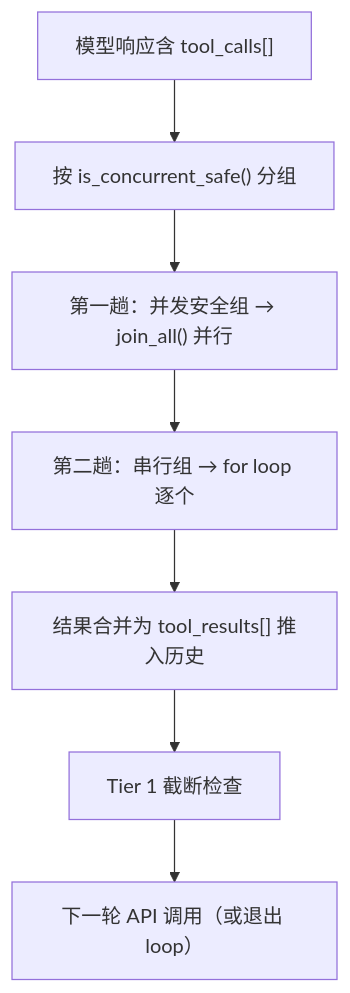
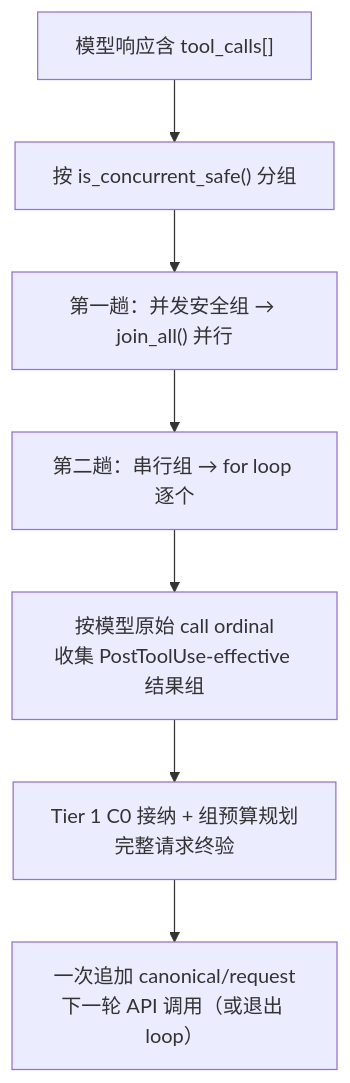
Before and after one commit to gabrielmoreira/agent-skills-mirror: the fifth of 9 diagrams in mirrors/repos/shiwenwen@hope-agent/docs/architecture/core/tool-system.md, drawn with Mermaid. The commit also changed other lines of this file and 1493 other files, not shown here.

````diff
--- a/mirrors/repos/shiwenwen@hope-agent/docs/architecture/core/tool-system.md
+++ b/mirrors/repos/shiwenwen@hope-agent/docs/architecture/core/tool-system.md
@@ -504,9 +504,9 @@
 ```mermaid
 flowchart TD
     A["模型响应含 tool_calls[]"] --> B["按 is_concurrent_safe() 分组"]
     B --> C["第一趟：并发安全组 → join_all() 并行"]
     C --> D["第二趟：串行组 → for loop 逐个"]
-    D --> E["结果合并为 tool_results[] 推入历史"]
-    E --> F["Tier 1 截断检查"]
-    F --> G["下一轮 API 调用（或退出 loop）"]
+    D --> E["按模型原始 call ordinal<br/>收集 PostToolUse-effective 结果组"]
+    E --> F["Tier 1 C0 接纳 + 组预算规划<br/>完整请求终验"]
+    F --> G["一次追加 canonical/request<br/>下一轮 API 调用（或退出 loop）"]
 ```
````
